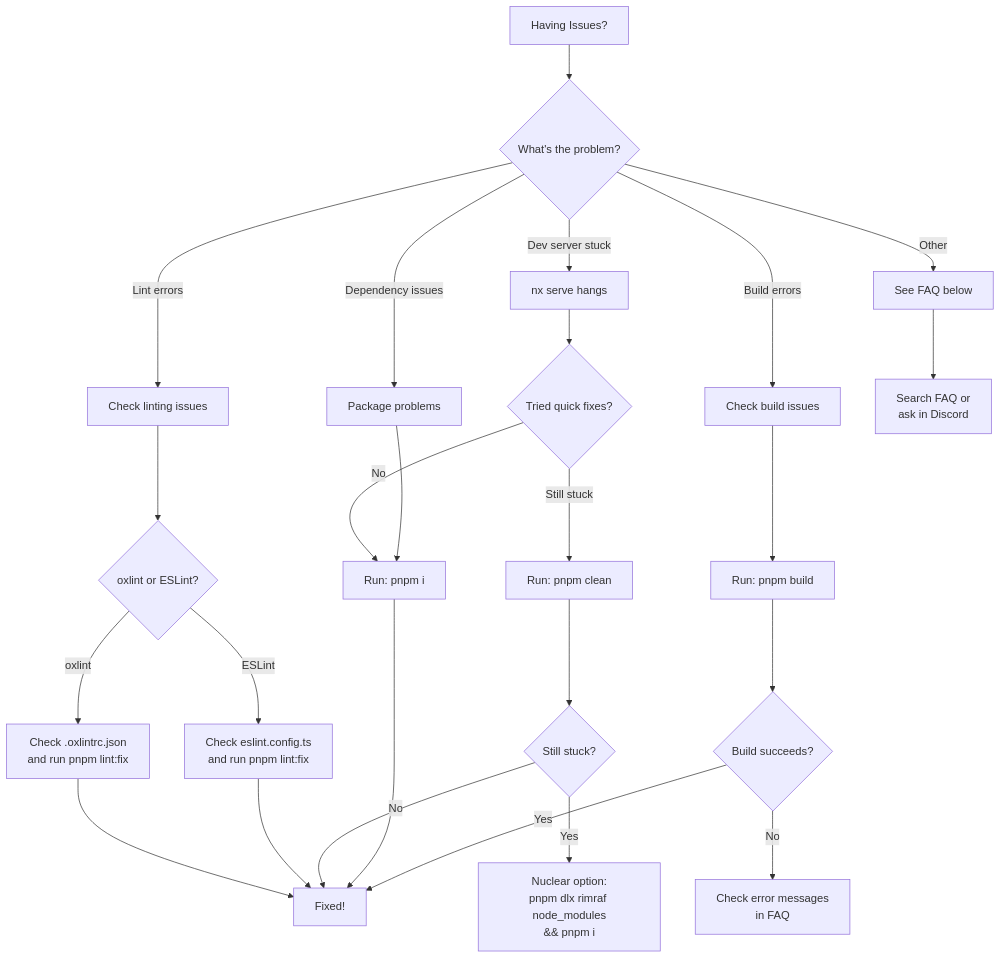
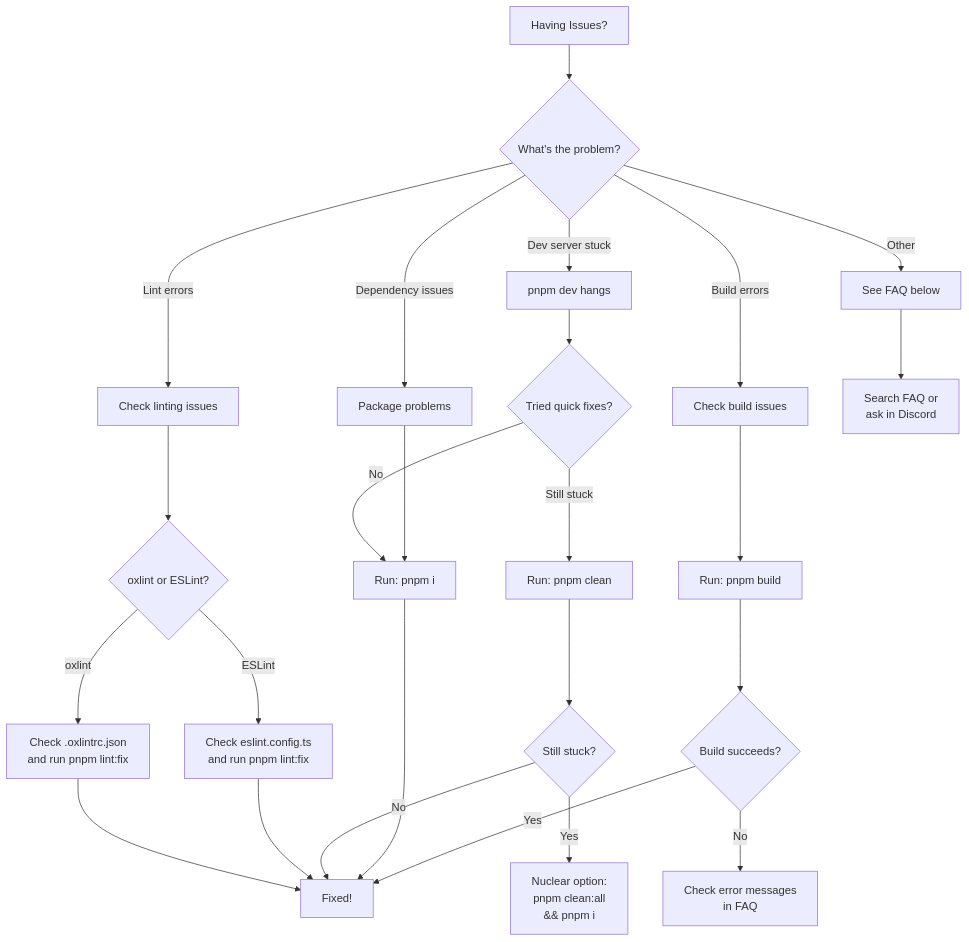
The diagram in ComfyUI_frontend/TROUBLESHOOTING.md (mg-org-4/sub-251027), drawn with Mermaid before and after one commit. The commit also changed other lines of this file and 108 other files, not shown here.

````diff
--- a/ComfyUI_frontend/TROUBLESHOOTING.md
+++ b/ComfyUI_frontend/TROUBLESHOOTING.md
@@ -7,32 +7,32 @@
 ```mermaid
 flowchart TD
     A[Having Issues?] --> B{What's the problem?}
-    B -->|Dev server stuck| C[nx serve hangs]
+    B -->|Dev server stuck| C[pnpm dev hangs]
     B -->|Build errors| D[Check build issues]
     B -->|Lint errors| Q[Check linting issues]
     B -->|Dependency issues| E[Package problems]
     B -->|Other| F[See FAQ below]
 
     Q --> R{oxlint or ESLint?}
     R -->|oxlint| S[Check .oxlintrc.json<br/>and run pnpm lint:fix]
     R -->|ESLint| T[Check eslint.config.ts<br/>and run pnpm lint:fix]
     S --> L
     T --> L
 
     C --> G{Tried quick fixes?}
     G -->|No| H[Run: pnpm i]
     G -->|Still stuck| I[Run: pnpm clean]
     I --> J{Still stuck?}
-    J -->|Yes| K[Nuclear option:<br/>pnpm dlx rimraf node_modules<br/>&& pnpm i]
+    J -->|Yes| K[Nuclear option:<br/>pnpm clean:all<br/>&& pnpm i]
     J -->|No| L[Fixed!]
     H --> L
 
     D --> M[Run: pnpm build]
     M --> N{Build succeeds?}
     N -->|No| O[Check error messages<br/>in FAQ]
     N -->|Yes| L
 
     E --> H
 
     F --> P[Search FAQ or<br/>ask in Discord]
 ```
````
